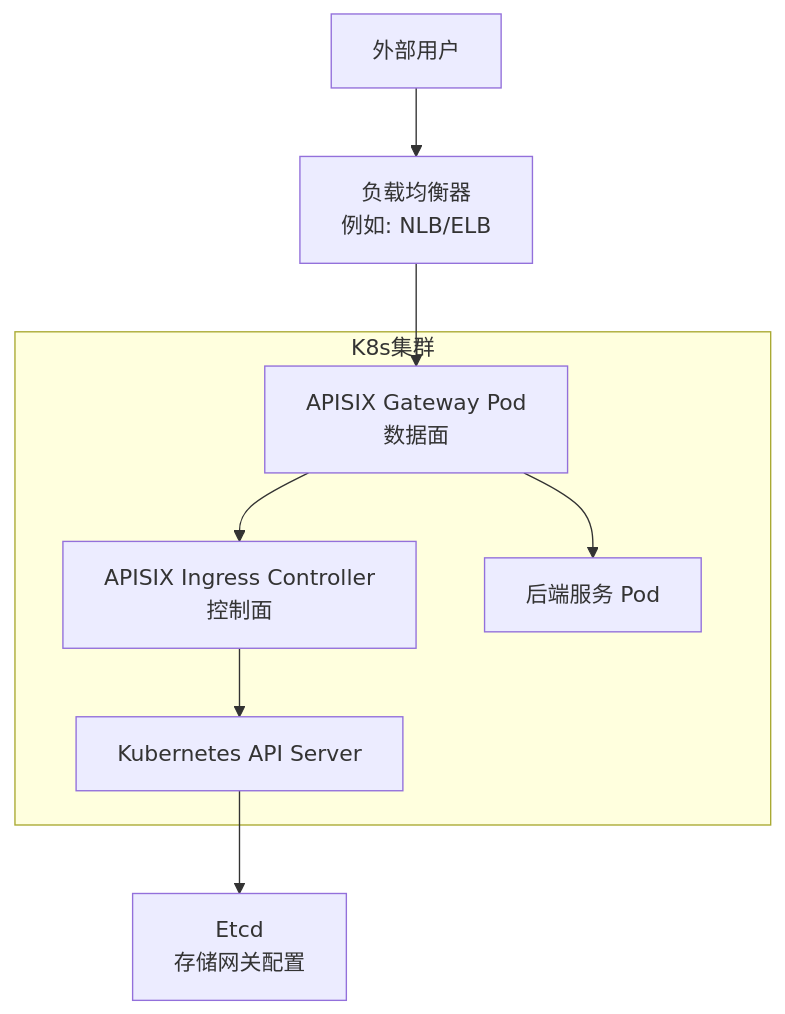
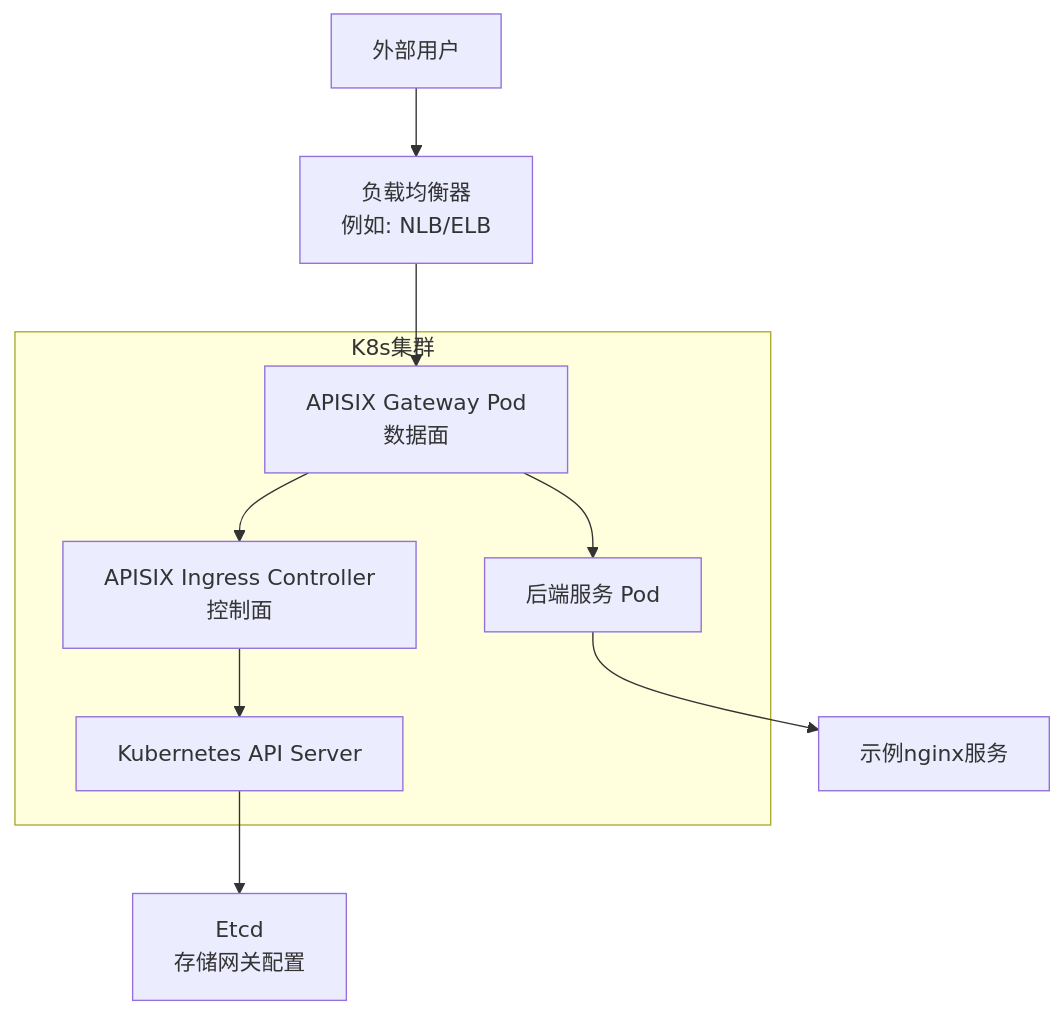
The diagram in README.md (RuningBird/question1_apisix_ingress_controller), drawn with Mermaid before and after one commit.

````diff
--- a/README.md
+++ b/README.md
@@ -10,16 +10,17 @@
 ```mermaid
 flowchart TD
     A[外部用户] --> B[负载均衡器<br/>例如: NLB/ELB]
     B --> C[APISIX Gateway Pod<br/>数据面]
     C --> D[APISIX Ingress Controller<br/>控制面]
     D --> E[Kubernetes API Server]
     E --> F[Etcd<br/>存储网关配置]
     C --> G[后端服务 Pod]
+    G-->H[示例nginx服务]
     
     subgraph K8s集群
         C
         D
         E
         G
     end
 ```
````
